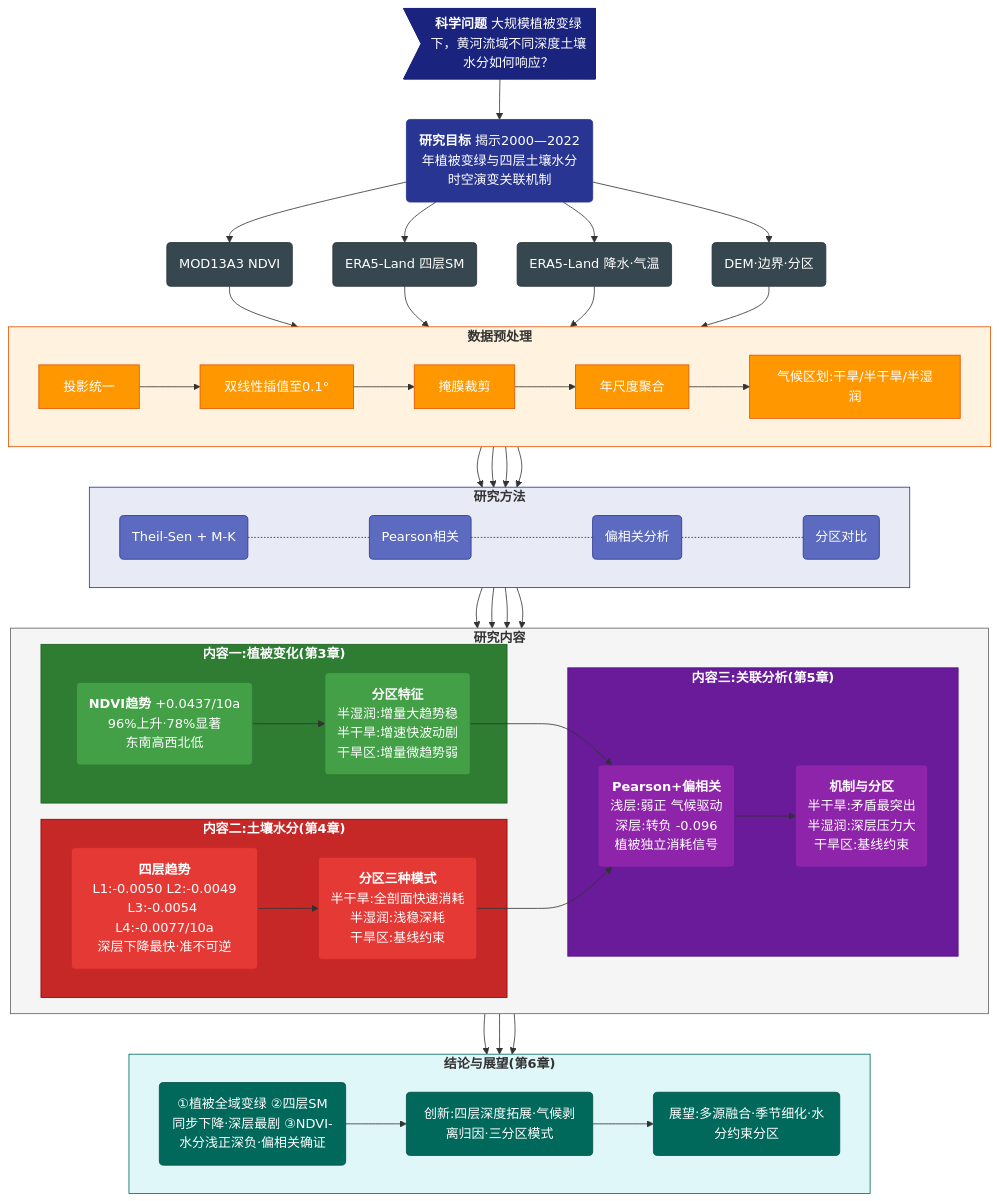
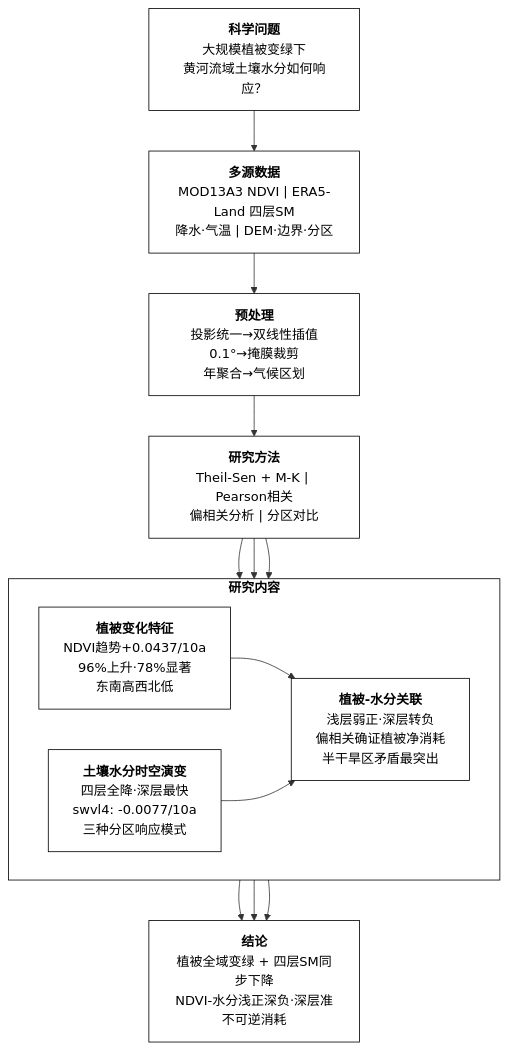
The diagram in 技术路线流程图.md (xiaoguangrui21-lang/-), drawn with Mermaid before and after one commit. The commit also changed other lines of this file, not shown here.

````diff
--- a/技术路线流程图.md
+++ b/技术路线流程图.md
@@ -3,84 +3,36 @@
 ```mermaid
 flowchart TD
-    Q>"<b>科学问题</b> 大规模植被变绿下，黄河流域不同深度土壤水分如何响应？"] --> G("<b>研究目标</b> 揭示2000—2022年植被变绿与四层土壤水分时空演变关联机制")
+    A["<b>科学问题</b><br/>大规模植被变绿下<br/>黄河流域土壤水分如何响应？"]
 
-    G --> D1("MOD13A3 NDVI") & D2("ERA5-Land 四层SM") & D3("ERA5-Land 降水·气温") & D4("DEM·边界·分区")
+    B["<b>多源数据</b><br/>MOD13A3 NDVI | ERA5-Land 四层SM<br/>降水·气温 | DEM·边界·分区"]
 
-    subgraph S1["<b>数据预处理</b>"]
+    C["<b>预处理</b><br/>投影统一→双线性插值0.1°→掩膜裁剪<br/>年聚合→气候区划"]
+
+    D["<b>研究方法</b><br/>Theil-Sen + M-K | Pearson相关<br/>偏相关分析 | 分区对比"]
+
+    subgraph E["<b>研究内容</b>"]
         direction LR
-        P1["投影统一"] --> P2["双线性插值至0.1°"] --> P3["掩膜裁剪"] --> P4["年尺度聚合"] --> P5["气候区划:干旱/半干旱/半湿润"]
+        E1["<b>植被变化特征</b><br/>NDVI趋势+0.0437/10a<br/>96%上升·78%显著<br/>东南高西北低"]
+        E2["<b>土壤水分时空演变</b><br/>四层全降·深层最快<br/>swvl4: -0.0077/10a<br/>三种分区响应模式"]
+        E3["<b>植被-水分关联</b><br/>浅层弱正·深层转负<br/>偏相关确证植被净消耗<br/>半干旱区矛盾最突出"]
     end
 
-    D1 & D2 & D3 & D4 --> P1
+    F["<b>结论</b><br/>植被全域变绿 + 四层SM同步下降<br/>NDVI-水分浅正深负·深层准不可逆消耗"]
 
-    subgraph S2["<b>研究方法</b>"]
-        direction LR
-        M1("Theil-Sen + M-K") -..- M2("Pearson相关") -..- M3("偏相关分析") -..- M4("分区对比")
-    end
+    A --> B --> C --> D --> E1 & E2 & E3
 
-    P5 --> M1 & M2 & M3 & M4
+    E1 --> E3
+    E2 --> E3
 
-    subgraph S3["<b>研究内容</b>"]
-        direction LR
-        subgraph C1["<b>内容一:植被变化(第3章)</b>"]
-            C1a("<b>NDVI趋势</b> +0.0437/10a<br/>96%上升·78%显著<br/>东南高西北低")
-            C1b("<b>分区特征</b><br/>半湿润:增量大趋势稳<br/>半干旱:增速快波动剧<br/>干旱区:增量微趋势弱")
-            C1a --> C1b
-        end
-        subgraph C2["<b>内容二:土壤水分(第4章)</b>"]
-            C2a("<b>四层趋势</b><br/>L1:-0.0050 L2:-0.0049<br/>L3:-0.0054 L4:-0.0077/10a<br/>深层下降最快·准不可逆")
-            C2b("<b>分区三种模式</b><br/>半干旱:全剖面快速消耗<br/>半湿润:浅稳深耗<br/>干旱区:基线约束")
-            C2a --> C2b
-        end
-        subgraph C3["<b>内容三:关联分析(第5章)</b>"]
-            C3a("<b>Pearson+偏相关</b><br/>浅层:弱正 气候驱动<br/>深层:转负 -0.096<br/>植被独立消耗信号")
-            C3b("<b>机制与分区</b><br/>半干旱:矛盾最突出<br/>半湿润:深层压力大<br/>干旱区:基线约束")
-            C3a --> C3b
-        end
-    end
+    E1 & E2 & E3 --> F
 
-    M1 --> C1a
-    M1 --> C2a
-    M2 & M3 --> C3a
-    C1b --> C3a
-    C2b --> C3a
-
-    subgraph S4["<b>结论与展望(第6章)</b>"]
-        direction LR
-        R1("①植被全域变绿 ②四层SM同步下降·深层最剧 ③NDVI-水分浅正深负·偏相关确证") --> R2("创新:四层深度拓展·气候剥离归因·三分区模式") --> R3("展望:多源融合·季节细化·水分约束分区")
-    end
-
-    C1b & C2b & C3b --> R1
-
-    style Q fill:#1a237e,color:#fff,stroke:#1a237e
-    style G fill:#283593,color:#fff,stroke:#283593
-    style D1 fill:#37474f,color:#fff,stroke:#263238
-    style D2 fill:#37474f,color:#fff,stroke:#263238
-    style D3 fill:#37474f,color:#fff,stroke:#263238
-    style D4 fill:#37474f,color:#fff,stroke:#263238
-    style S1 fill:#fff3e0,stroke:#e65100
-    style S2 fill:#e8eaf6,stroke:#283593
-    style S3 fill:#f5f5f5,stroke:#616161
-    style C1 fill:#2e7d32,color:#fff,stroke:#1b5e20
-    style C2 fill:#c62828,color:#fff,stroke:#8e0000
-    style C3 fill:#6a1b9a,color:#fff,stroke:#4a148c
-    style S4 fill:#e0f7fa,stroke:#00695c
-    style R1 fill:#00695c,color:#fff,stroke:#004d40
-    style R2 fill:#00695c,color:#fff,stroke:#004d40
-    style R3 fill:#00695c,color:#fff,stroke:#004d40
-    style P1 fill:#ff9800,color:#fff,stroke:#e65100
-    style P2 fill:#ff9800,color:#fff,stroke:#e65100
-    style P3 fill:#ff9800,color:#fff,stroke:#e65100
-    style P4 fill:#ff9800,color:#fff,stroke:#e65100
-    style P5 fill:#ff9800,color:#fff,stroke:#e65100
-    style M1 fill:#5c6bc0,color:#fff,stroke:#283593
-    style M2 fill:#5c6bc0,color:#fff,stroke:#283593
-    style M3 fill:#5c6bc0,color:#fff,stroke:#283593
-    style M4 fill:#5c6bc0,color:#fff,stroke:#283593
-    style C1a fill:#43a047,color:#fff,stroke:#2e7d32
-    style C1b fill:#43a047,color:#fff,stroke:#2e7d32
-    style C2a fill:#e53935,color:#fff,stroke:#c62828
-    style C2b fill:#e53935,color:#fff,stroke:#c62828
-    style C3a fill:#8e24aa,color:#fff,stroke:#6a1b9a
-    style C3b fill:#8e24aa,color:#fff,stroke:#6a1b9a
+    style A fill:#fff,stroke:#000,color:#000
+    style B fill:#fff,stroke:#000,color:#000
+    style C fill:#fff,stroke:#000,color:#000
+    style D fill:#fff,stroke:#000,color:#000
+    style E fill:#fff,stroke:#000,color:#000
+    style E1 fill:#fff,stroke:#000,color:#000
+    style E2 fill:#fff,stroke:#000,color:#000
+    style E3 fill:#fff,stroke:#000,color:#000
+    style F fill:#fff,stroke:#000,color:#000
 ```
````
